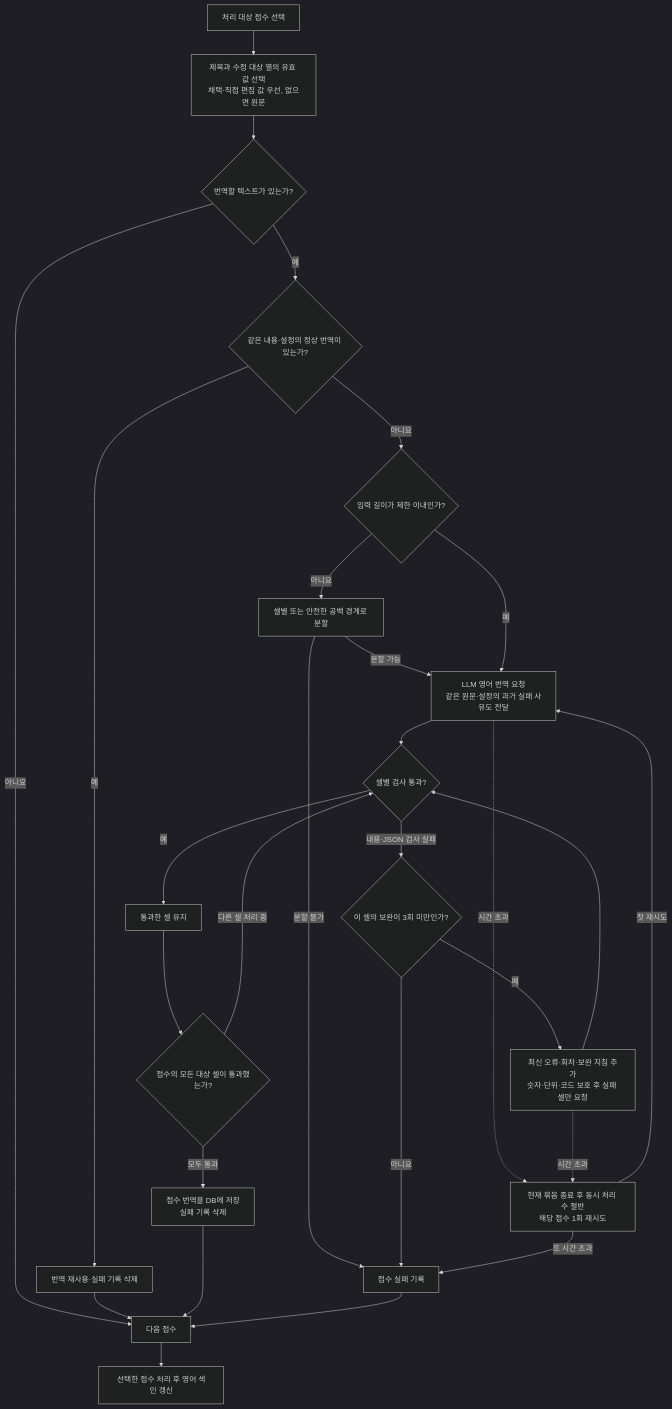
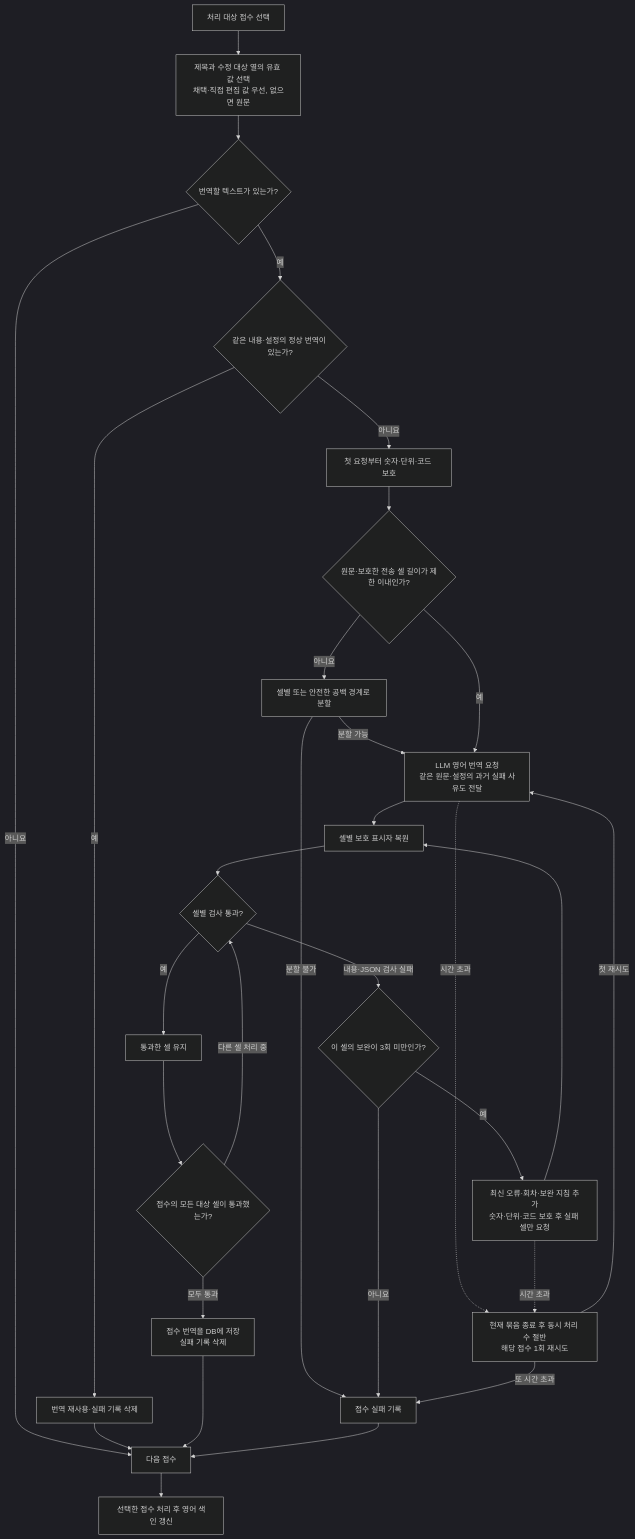
Before and after one commit to pmh10401/cs-excel-rag: the seventh of 19 diagrams in docs/전체-프로그램-플로우.md, drawn with Mermaid (dark theme). The commit also changed other lines of this file and 12 other files, not shown here.

````diff
--- a/docs/전체-프로그램-플로우.md
+++ b/docs/전체-프로그램-플로우.md
@@ -199,30 +202,32 @@
 ```mermaid
 flowchart TD
     A[처리 대상 접수 선택] --> B[제목과 수정 대상 열의 유효 값 선택<br/>채택·직접 편집 값 우선, 없으면 원문]
     B --> C{번역할 텍스트가 있는가?}
     C -->|아니요| NEXT[다음 접수]
     C -->|예| D{같은 내용·설정의 정상 번역이 있는가?}
     D -->|예| SAVE[번역 재사용·실패 기록 삭제]
-    D -->|아니요| SIZE{입력 길이가 제한 이내인가?}
+    D -->|아니요| NUM[첫 요청부터 숫자·단위·코드 보호]
+    NUM --> SIZE{원문·보호한 전송 셀 길이가 제한 이내인가?}
     SIZE -->|아니요| SPLIT[셀별 또는 안전한 공백 경계로 분할]
     SPLIT -->|분할 가능| CALL[LLM 영어 번역 요청<br/>같은 원문·설정의 과거 실패 사유도 전달]
     SPLIT -->|분할 불가| FAIL[접수 실패 기록]
     SIZE -->|예| CALL
-    CALL --> CHECK{셀별 검사 통과?}
+    CALL --> RESTORE[셀별 보호 표시자 복원]
+    RESTORE --> CHECK{셀별 검사 통과?}
     CHECK -->|예| HOLD[통과한 셀 유지]
     CHECK -->|내용·JSON 검사 실패| LIMIT{이 셀의 보완이 3회 미만인가?}
     LIMIT -->|예| REPAIR[최신 오류·회차·보완 지침 추가<br/>숫자·단위·코드 보호 후 실패 셀만 요청]
-    REPAIR --> CHECK
+    REPAIR --> RESTORE
     LIMIT -->|아니요| FAIL
     HOLD --> ALL{접수의 모든 대상 셀이 통과했는가?}
     ALL -->|다른 셀 처리 중| CHECK
     ALL -->|모두 통과| WRITE[접수 번역을 DB에 저장<br/>실패 기록 삭제]
     SAVE --> NEXT
     WRITE --> NEXT
     FAIL --> NEXT
     NEXT --> FINISH[선택한 접수 처리 후 영어 색인 갱신]
     CALL -. 시간 초과 .-> TIMEOUT[현재 묶음 종료 후 동시 처리 수 절반<br/>해당 접수 1회 재시도]
     REPAIR -. 시간 초과 .-> TIMEOUT
     TIMEOUT -->|첫 재시도| CALL
     TIMEOUT -->|또 시간 초과| FAIL
 ```
````
